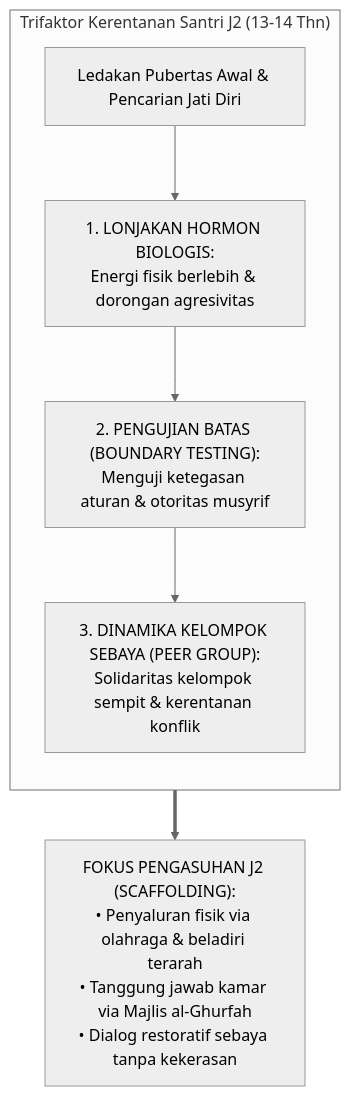
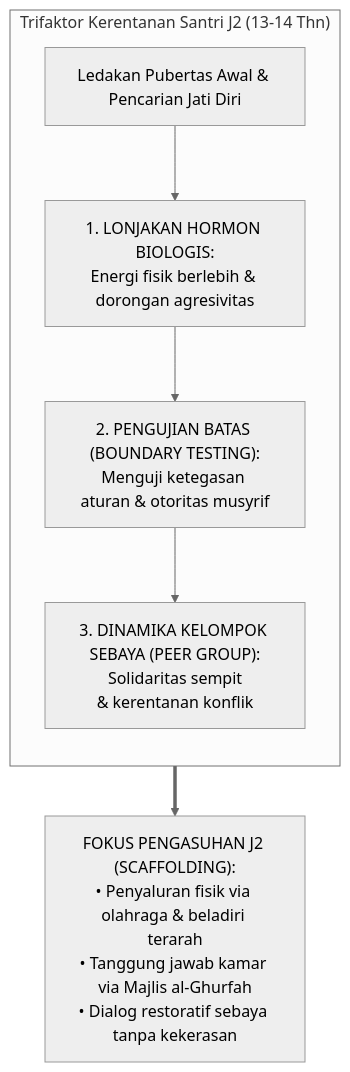
The second of 2 diagrams in BOOK Series 1/01-The-Fundamental-of-TUMBUH/Bab-13-Bedah-Jenjang-J1-dan-J2.md (wandiapriliyandi/tumbuh), drawn with Mermaid (neutral theme) before and after one commit. The commit also changed 37 other files, not shown here.

Commit message:
fix(book-01): optimasi pemenggalan teks dan overflow seluruh diagram serta render ulang 20 PDF

````diff
--- a/BOOK Series 1/01-The-Fundamental-of-TUMBUH/Bab-13-Bedah-Jenjang-J1-dan-J2.md
+++ b/BOOK Series 1/01-The-Fundamental-of-TUMBUH/Bab-13-Bedah-Jenjang-J1-dan-J2.md
@@ -121,12 +121,12 @@
 ```mermaid
 graph TD
     subgraph BADAI_PUBERTAS_J2["Trifaktor Kerentanan Santri J2 (13-14 Thn)"]
         direction TB
         P["Ledakan Pubertas Awal & Pencarian Jati Diri"]
         --> F1["1. LONJAKAN HORMON BIOLOGIS:<br/>Energi fisik berlebih & dorongan agresivitas"]
         --> F2["2. PENGUJIAN BATAS (BOUNDARY TESTING):<br/>Menguji ketegasan aturan & otoritas musyrif"]
-        --> F3["3. DINAMIKA KELOMPOK SEBAYA (PEER GROUP):<br/>Solidaritas kelompok sempit & kerentanan konflik"]
+        --> F3["3. DINAMIKA KELOMPOK SEBAYA (PEER GROUP):<br/>Solidaritas sempit<br/>& kerentanan konflik"]
     end
 
     BADAI_PUBERTAS_J2 ==> STRATEGI_J2["FOKUS PENGASUHAN J2 (SCAFFOLDING):<br/>• Penyaluran fisik via olahraga & beladiri terarah<br/>• Tanggung jawab kamar via Majlis al-Ghurfah<br/>• Dialog restoratif sebaya tanpa kekerasan"]
 ```
````
